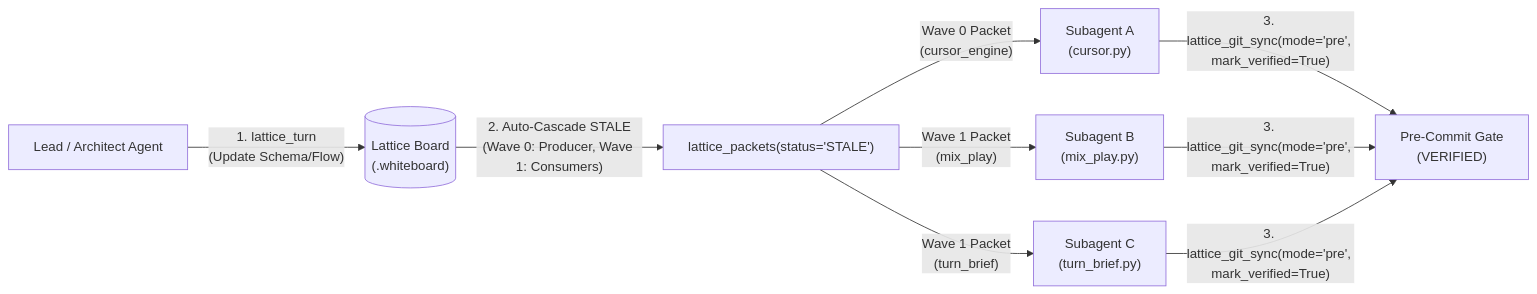
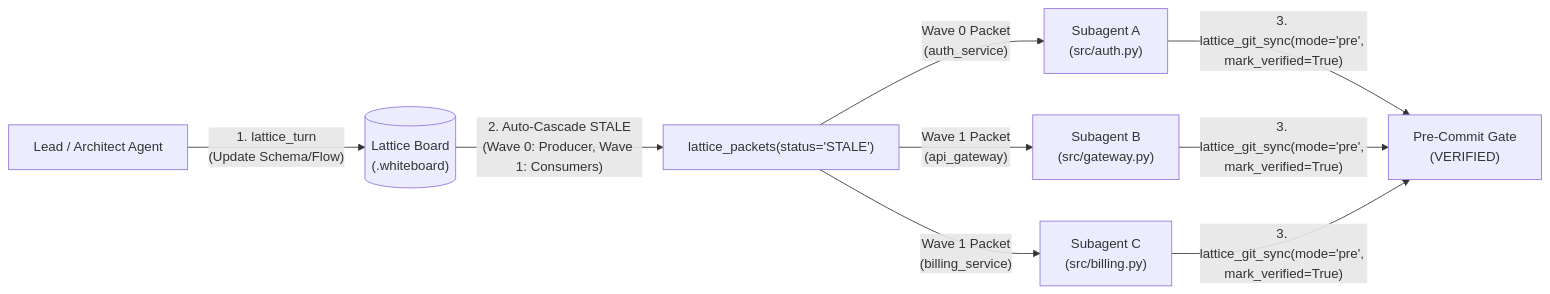
The diagram in docs/examples.md (celtiberi/bowthruster), drawn with Mermaid before and after one commit. The commit also changed other lines of this file and 1 other file, not shown here.

Commit message:
docs(examples): replace domain-specific names with generic service examples

````diff
--- a/docs/examples.md
+++ b/docs/examples.md
@@ -13,9 +13,9 @@
 ```mermaid
 flowchart LR
     Lead["Lead / Architect Agent"] -- "1. lattice_turn\n(Update Schema/Flow)" --> Board[("Lattice Board\n(.whiteboard)")]
     Board -- "2. Auto-Cascade STALE\n(Wave 0: Producer, Wave 1: Consumers)" --> Packets["lattice_packets(status='STALE')"]
-    Packets -- "Wave 0 Packet\n(cursor_engine)" --> AgentA["Subagent A\n(cursor.py)"]
-    Packets -- "Wave 1 Packet\n(mix_play)" --> AgentB["Subagent B\n(mix_play.py)"]
-    Packets -- "Wave 1 Packet\n(turn_brief)" --> AgentC["Subagent C\n(turn_brief.py)"]
+    Packets -- "Wave 0 Packet\n(auth_service)" --> AgentA["Subagent A\n(src/auth.py)"]
+    Packets -- "Wave 1 Packet\n(api_gateway)" --> AgentB["Subagent B\n(src/gateway.py)"]
+    Packets -- "Wave 1 Packet\n(billing_service)" --> AgentC["Subagent C\n(src/billing.py)"]
     AgentA & AgentB & AgentC -- "3. lattice_git_sync(mode='pre', mark_verified=True)" --> Gate["Pre-Commit Gate\n(VERIFIED)"]
 ```
````
